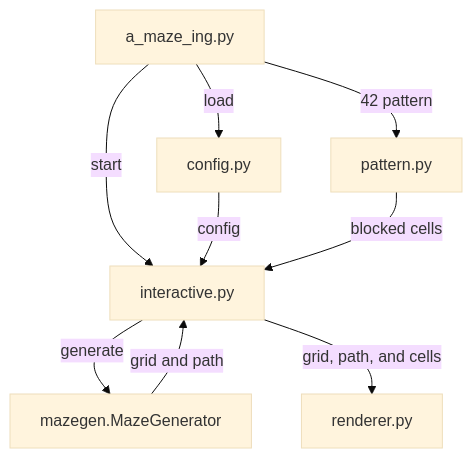
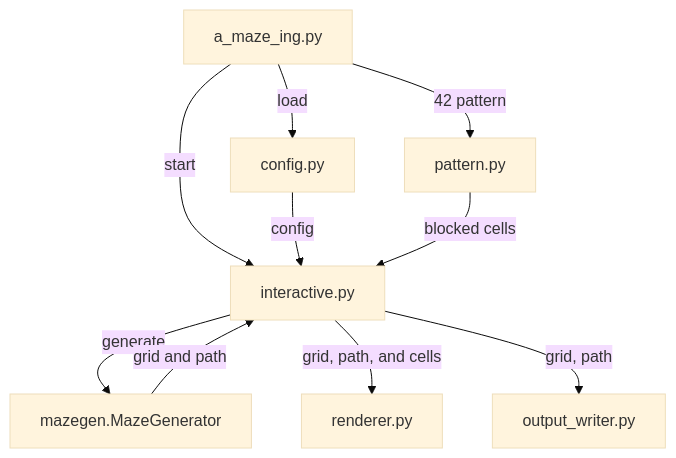
The diagram in README.md (yubinex/a-maze-ing), drawn with Mermaid (base theme) before and after one commit. The commit also changed other lines of this file and 6 other files, not shown here.

````diff
--- a/README.md
+++ b/README.md
@@ -3,13 +35,14 @@
 ```mermaid
 flowchart TD
     CLI[a_maze_ing.py] -->|load| Config[config.py]
     CLI -->|42 pattern| Pattern[pattern.py]
     CLI -->|start| Interactive[interactive.py]
 
     Config -->|config| Interactive
     Pattern -->|blocked cells| Interactive
     Interactive -->|generate| Generator[mazegen.MazeGenerator]
     Generator -->|grid and path| Interactive
 
     Interactive -->|grid, path, and cells| Renderer[renderer.py]
+    Interactive -->|grid, path| Writer[output_writer.py]
 ```
````
